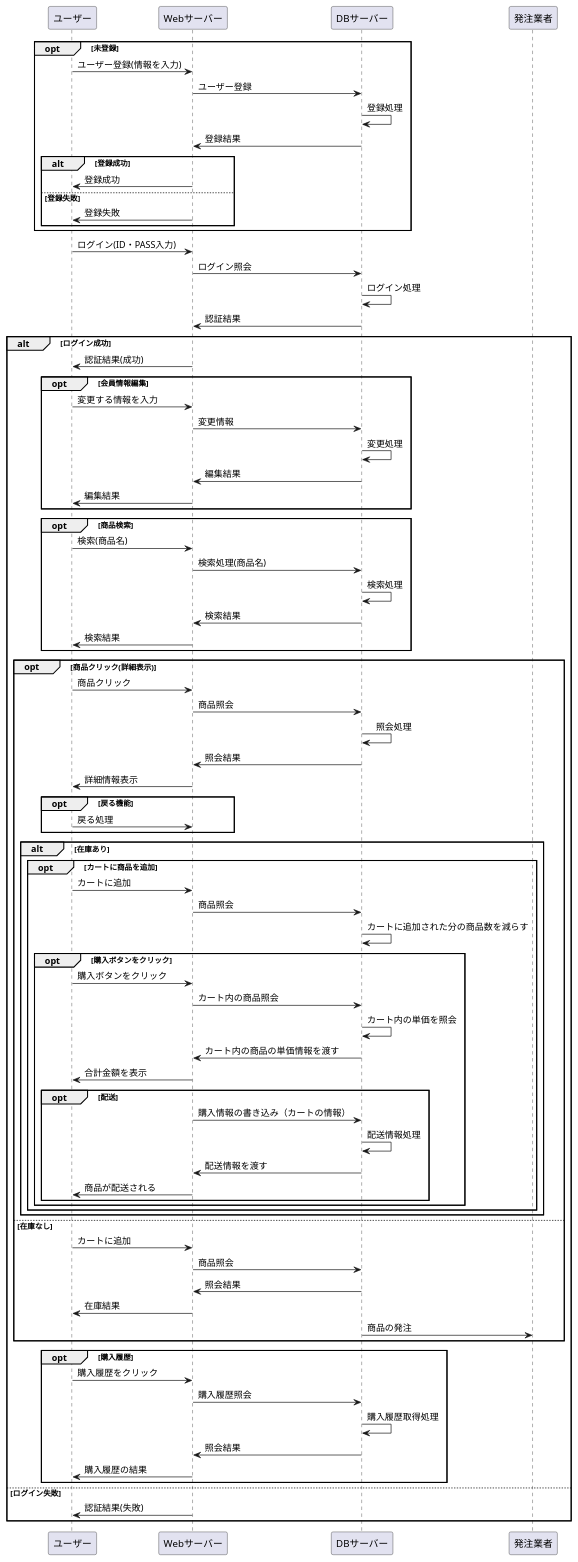
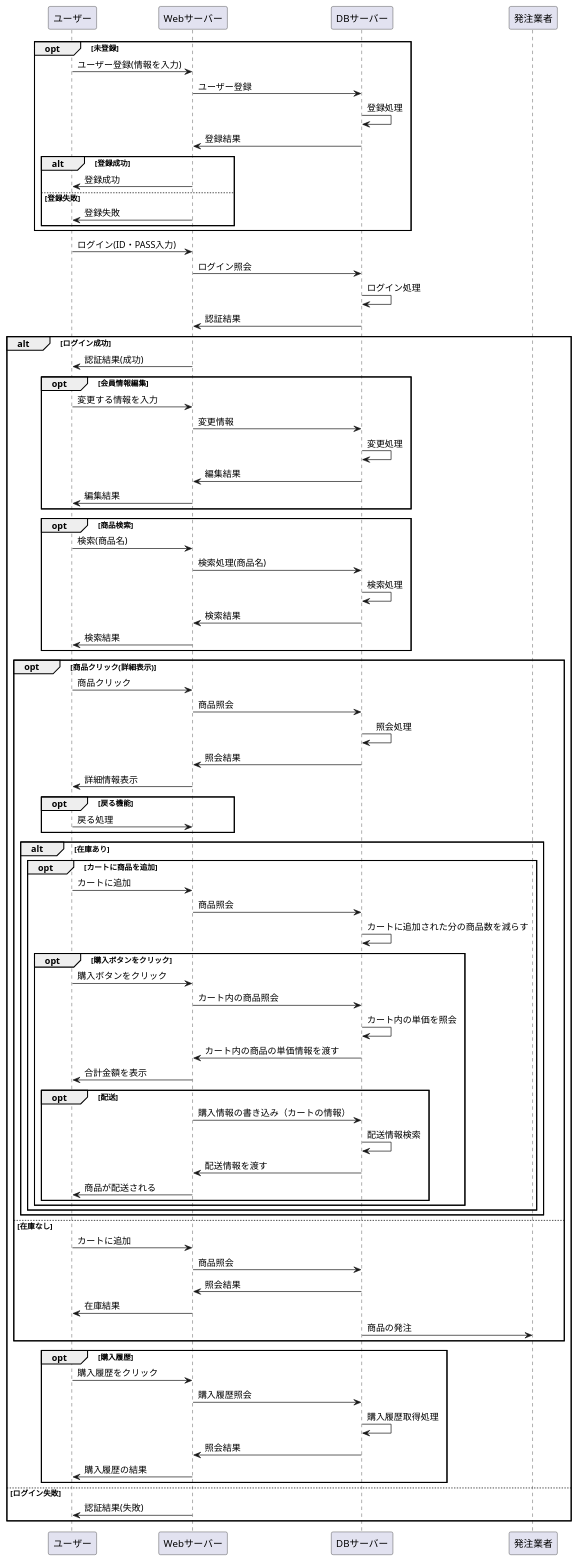
The diagram in 設計書/02_業務フロー/business-flow-test.md (Aso2001227/Aso-Sports-1), drawn with PlantUML before and after one commit.

```diff
--- a/設計書/02_業務フロー/business-flow-test.md
+++ b/設計書/02_業務フロー/business-flow-test.md
@@ -92,7 +92,7 @@
 Webサーバー -> ユーザー:合計金額を表示
 opt 配送
 Webサーバー -> DBサーバー :購入情報の書き込み（カートの情報）
-DBサーバー -> DBサーバー :  配送情報処理
+DBサーバー -> DBサーバー :  配送情報検索
 DBサーバー -> Webサーバー :配送情報を渡す
 Webサーバー -> ユーザー:商品が配送される
 end
```
